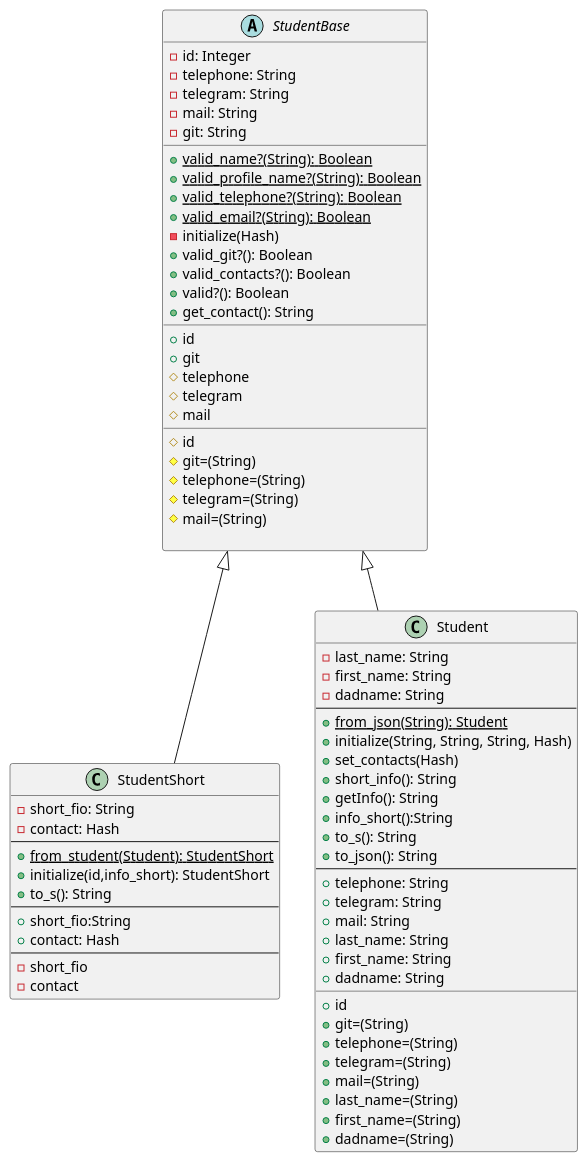
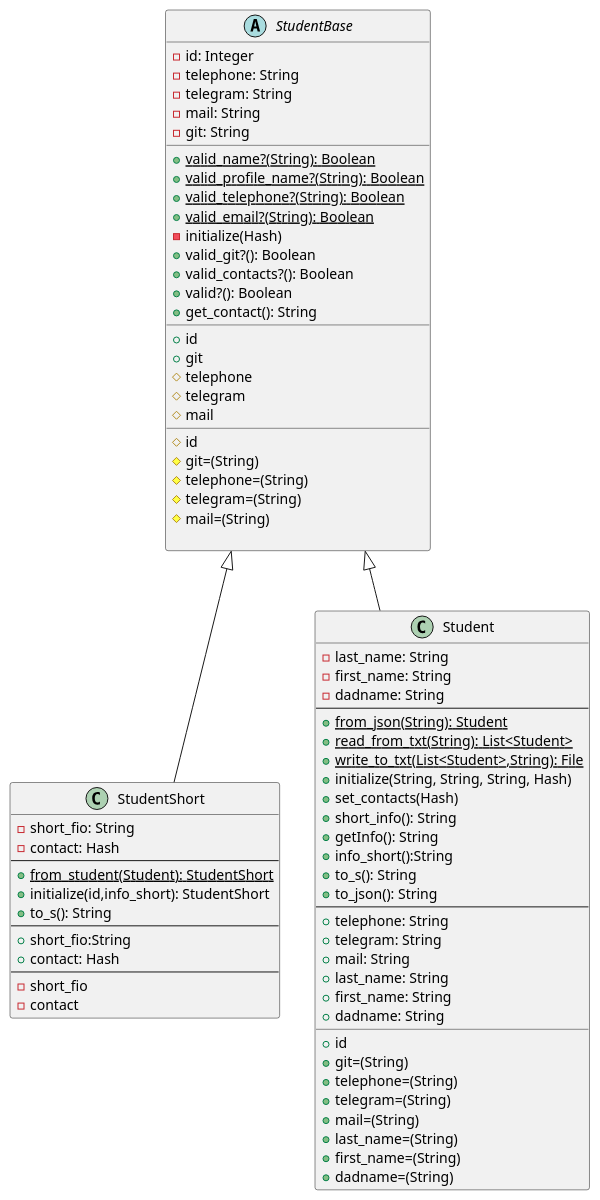
Before and after one commit to KREEAL/RubyLabs: the diagram in LR2/diagram/StudentClassDiagram.puml, drawn with PlantUML. The commit also changed 1 other file, not shown here.

Commit message:
Актуальная версия диаграммы классов отражена на картинке

```diff
--- a/LR2/diagram/StudentClassDiagram.puml
+++ b/LR2/diagram/StudentClassDiagram.puml
@@ -1,78 +1,80 @@
 @startuml
 'https://plantuml.com/class-diagram
 abstract class StudentBase {
     -id: Integer
     -telephone: String
     -telegram: String
     -mail: String
     -git: String
     __
     +{static}valid_name?(String): Boolean
     +{static}valid_profile_name?(String): Boolean
     +{static}valid_telephone?(String): Boolean
     +{static}valid_email?(String): Boolean
     -initialize(Hash)
     +valid_git?(): Boolean
     +valid_contacts?(): Boolean
     +valid?(): Boolean
     +get_contact(): String
     __
     +id
     +git
     #telephone
     #telegram
     #mail
     __
     #id
     #git=(String)
     #telephone=(String)
     #telegram=(String)
     #mail=(String)
 
 }
 class StudentShort extends StudentBase {
     -short_fio: String
     -contact: Hash
     --
     +{static}from_student(Student): StudentShort
     +initialize(id,info_short): StudentShort
     +to_s(): String
     --
     +short_fio:String
     +contact: Hash
     --
     -short_fio
     -contact
 }
 class Student extends StudentBase{
     -last_name: String
     -first_name: String
     -dadname: String
     --
     +{static}from_json(String): Student
+    +{static}read_from_txt(String): List<Student>
+    +{static}write_to_txt(List<Student>,String): File
     +initialize(String, String, String, Hash)
     +set_contacts(Hash)
     +short_info(): String
     +getInfo(): String
     +info_short():String
     +to_s(): String
     +to_json(): String
     --
     +telephone: String
     +telegram: String
     +mail: String
     +last_name: String
     +first_name: String
     +dadname: String
     __
     +id
     +git=(String)
     +telephone=(String)
     +telegram=(String)
     +mail=(String)
     +last_name=(String)
     +first_name=(String)
     +dadname=(String)
 }
 
 @enduml
```
